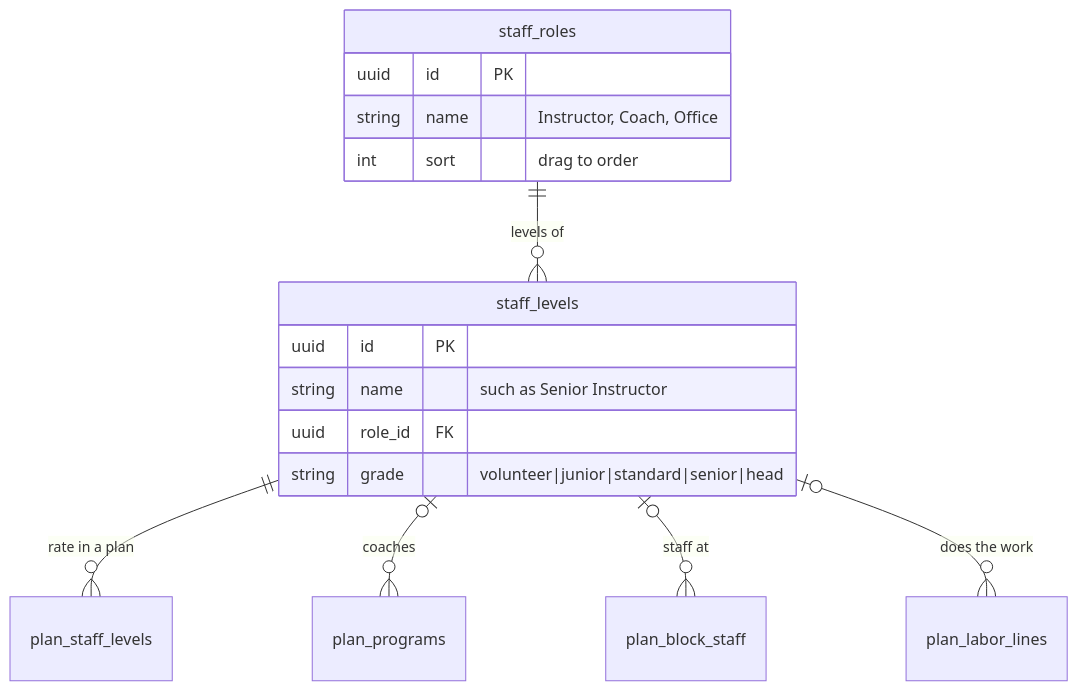
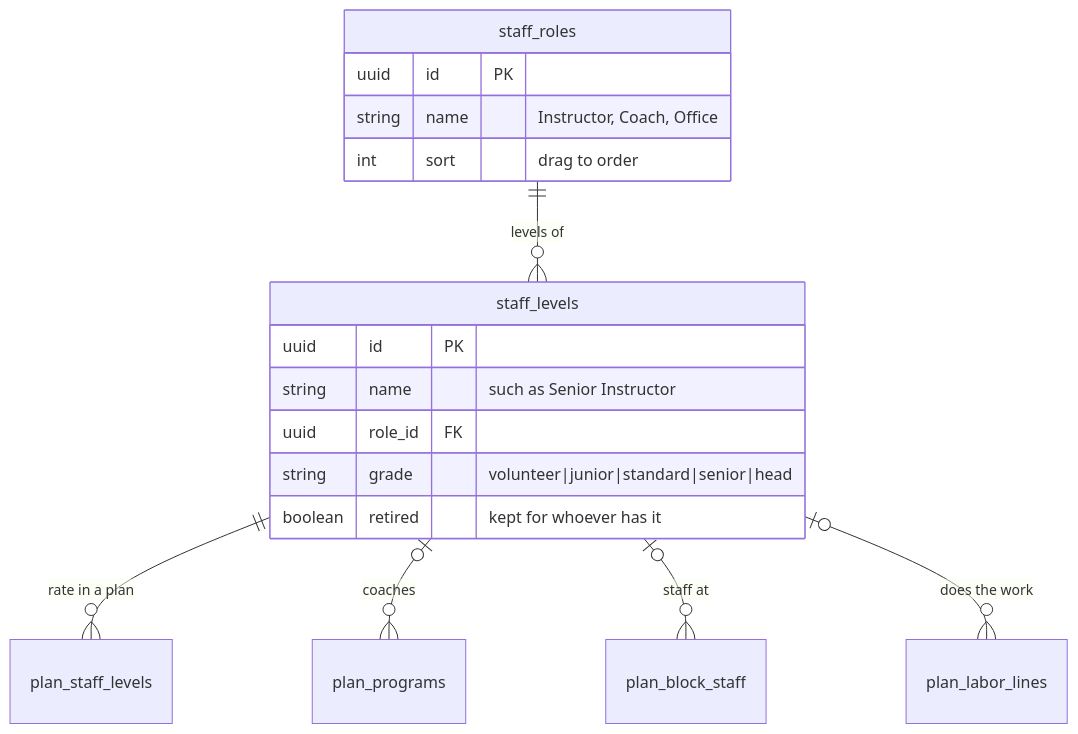
Before and after one commit to cyc-seattle/platform: the diagram in docs/hr-schema.md, drawn with Mermaid. The commit also changed other lines of this file and 30 other files, not shown here.

````diff
--- a/docs/hr-schema.md
+++ b/docs/hr-schema.md
@@ -9,20 +9,21 @@
 ```mermaid
 erDiagram
     staff_roles ||--o{ staff_levels : "levels of"
     staff_levels ||--o{ plan_staff_levels : "rate in a plan"
     staff_levels |o--o{ plan_programs : "coaches"
     staff_levels |o--o{ plan_block_staff : "staff at"
     staff_levels |o--o{ plan_labor_lines : "does the work"
 
     staff_roles {
         uuid id PK
         string name "Instructor, Coach, Office"
         int sort "drag to order"
     }
     staff_levels {
         uuid id PK
         string name "such as Senior Instructor"
         uuid role_id FK
         string grade "volunteer|junior|standard|senior|head"
+        boolean retired "kept for whoever has it"
     }
 ```
````
